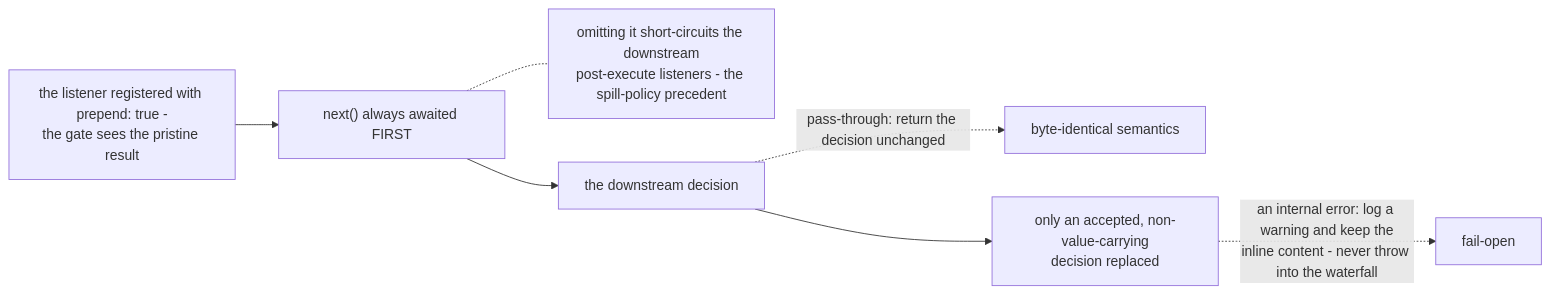
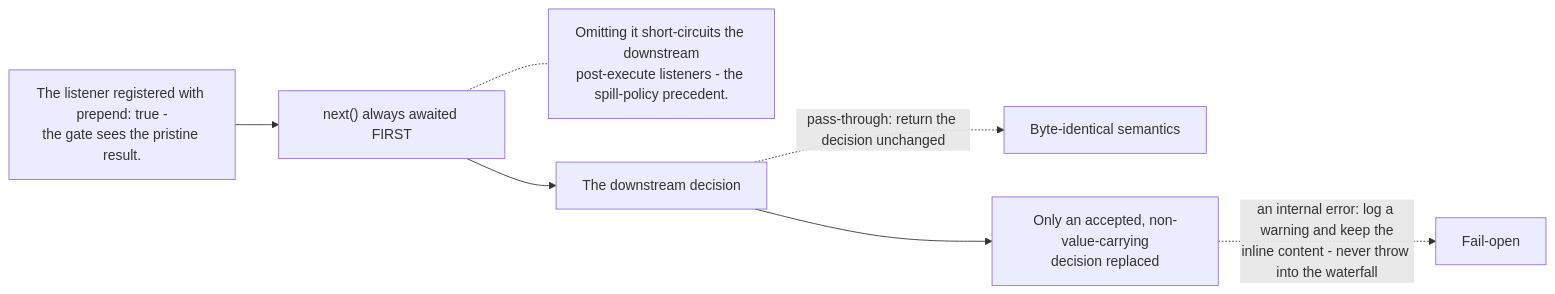
One commit to PlayForm/Site-DeepSeek changed the diagram in Source/Content/Mermaid/ccr-discipline.mmd. Above: the diagram before and after it, drawn with Mermaid. The commit also changed 80 other files, not shown here.

```diff
--- a/Source/Content/Mermaid/ccr-discipline.mmd
+++ b/Source/Content/Mermaid/ccr-discipline.mmd
@@ -1,7 +1,7 @@
 flowchart LR
-	IN["the listener registered with prepend: true -<br/>the gate sees the pristine result"] --> NEXT["next() always awaited FIRST"]
-	NEXT -.- NOTE["omitting it short-circuits the downstream<br/>post-execute listeners - the spill-policy precedent"]
-	NEXT --> DEC["the downstream decision"]
-	DEC -. "pass-through: return the decision unchanged" .-> SAME["byte-identical semantics"]
-	DEC --> REPL["only an accepted, non-value-carrying<br/>decision replaced"]
-	REPL -. "an internal error: log a warning and keep the<br/>inline content - never throw into the waterfall" .-> OPEN["fail-open"]
+	IN["The listener registered with prepend: true -<br/>the gate sees the pristine result."] --> NEXT["next() always awaited FIRST"]
+	NEXT -.- NOTE["Omitting it short-circuits the downstream<br/>post-execute listeners - the spill-policy precedent."]
+	NEXT --> DEC["The downstream decision"]
+	DEC -. "pass-through: return the decision unchanged" .-> SAME["Byte-identical semantics"]
+	DEC --> REPL["Only an accepted, non-value-carrying<br/>decision replaced"]
+	REPL -. "an internal error: log a warning and keep the<br/>inline content - never throw into the waterfall" .-> OPEN["Fail-open"]
```
